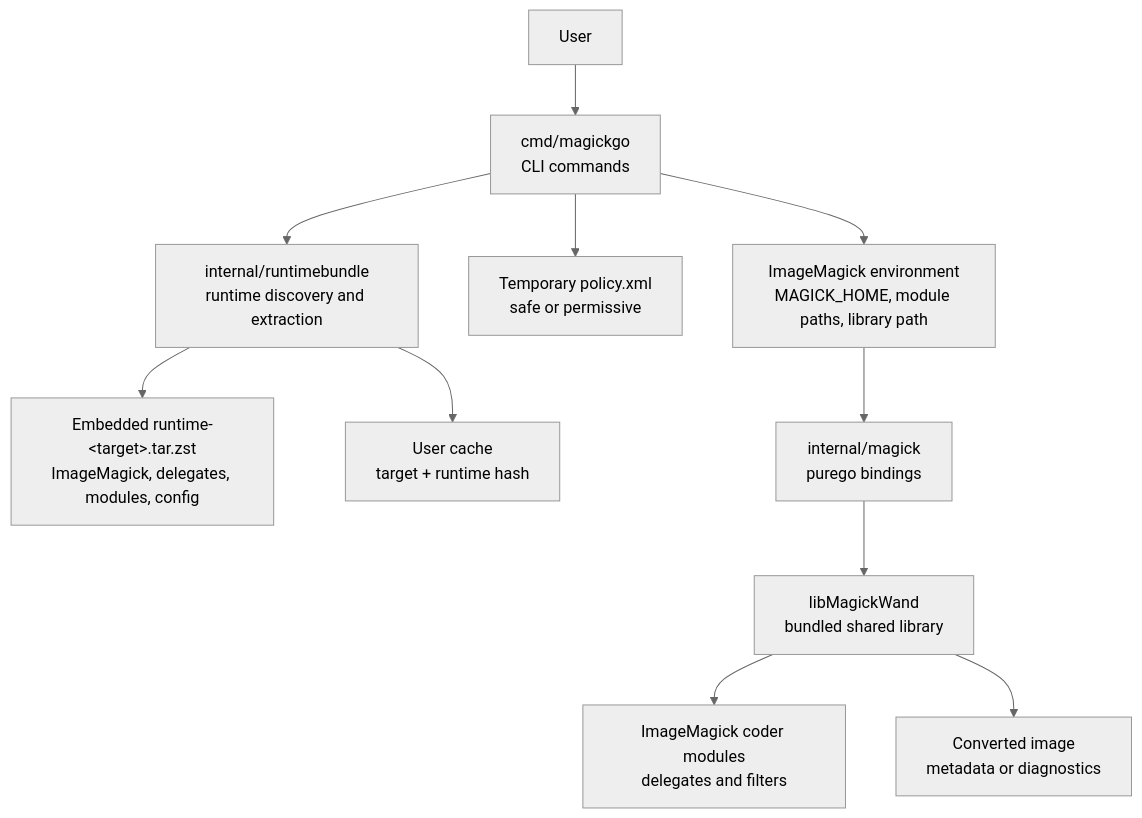
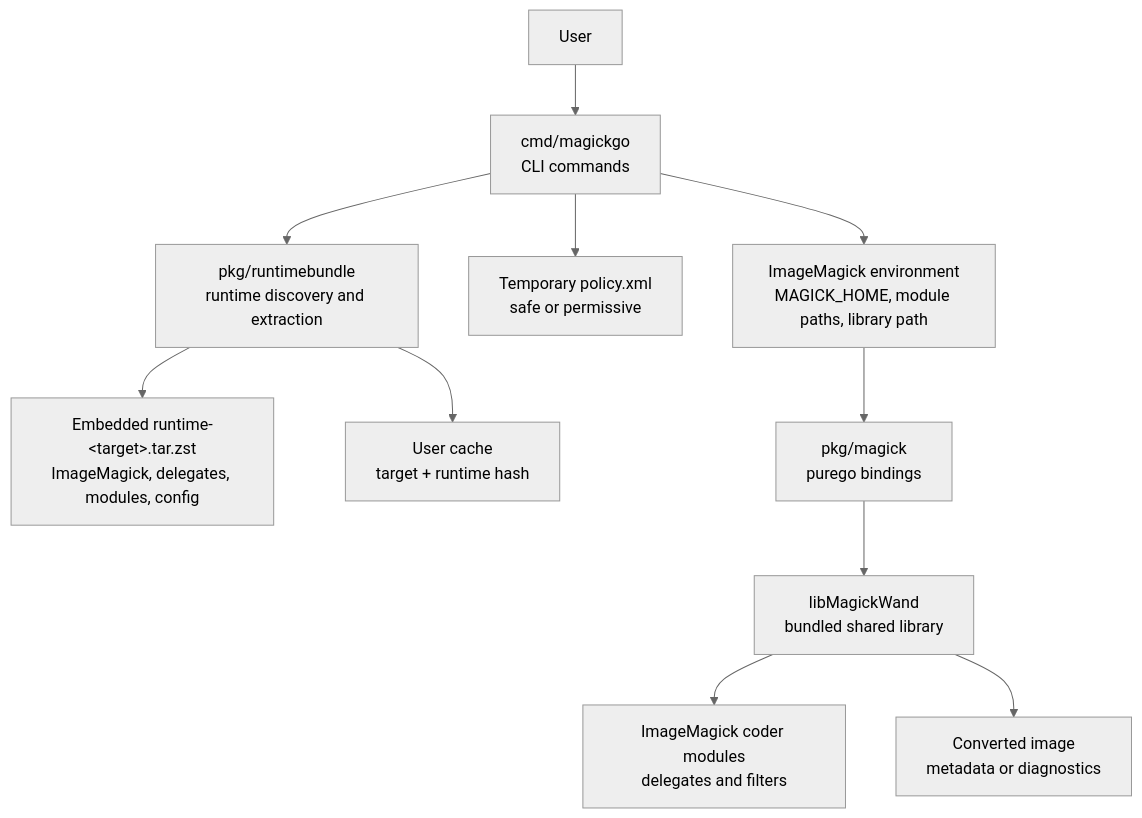
The first of 2 diagrams in README.ja.md (yashikota/magick-go), drawn with Mermaid (neutral theme) before and after one commit. The commit also changed other lines of this file and 243 other files, not shown here.

````diff
--- a/README.ja.md
+++ b/README.ja.md
@@ -82,13 +103,13 @@
 ```mermaid
 flowchart TD
     User["User"] --> CLI["cmd/magickgo<br/>CLI commands"]
-    CLI --> Runtime["internal/runtimebundle<br/>runtime discovery and extraction"]
+    CLI --> Runtime["pkg/runtimebundle<br/>runtime discovery and extraction"]
     Runtime --> Assets["Embedded runtime-&lt;target&gt;.tar.zst<br/>ImageMagick, delegates, modules, config"]
     Runtime --> Cache["User cache<br/>target + runtime hash"]
     CLI --> Policy["Temporary policy.xml<br/>safe or permissive"]
     CLI --> Env["ImageMagick environment<br/>MAGICK_HOME, module paths, library path"]
-    Env --> Wand["internal/magick<br/>purego bindings"]
+    Env --> Wand["pkg/magick<br/>purego bindings"]
     Wand --> Lib["libMagickWand<br/>bundled shared library"]
     Lib --> Modules["ImageMagick coder modules<br/>delegates and filters"]
     Lib --> Output["Converted image<br/>metadata or diagnostics"]
 ```
````
